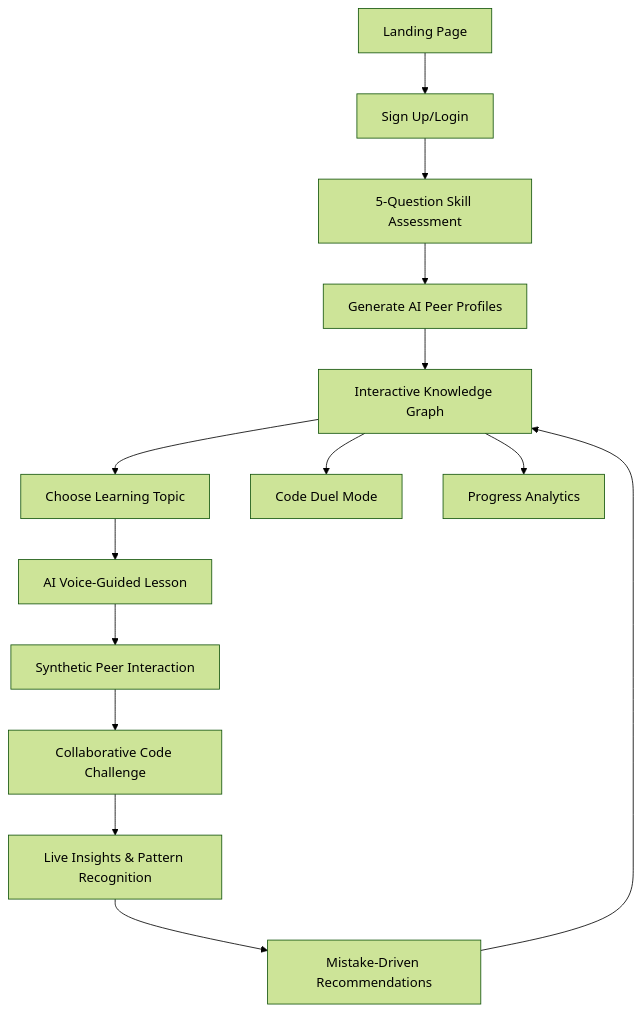
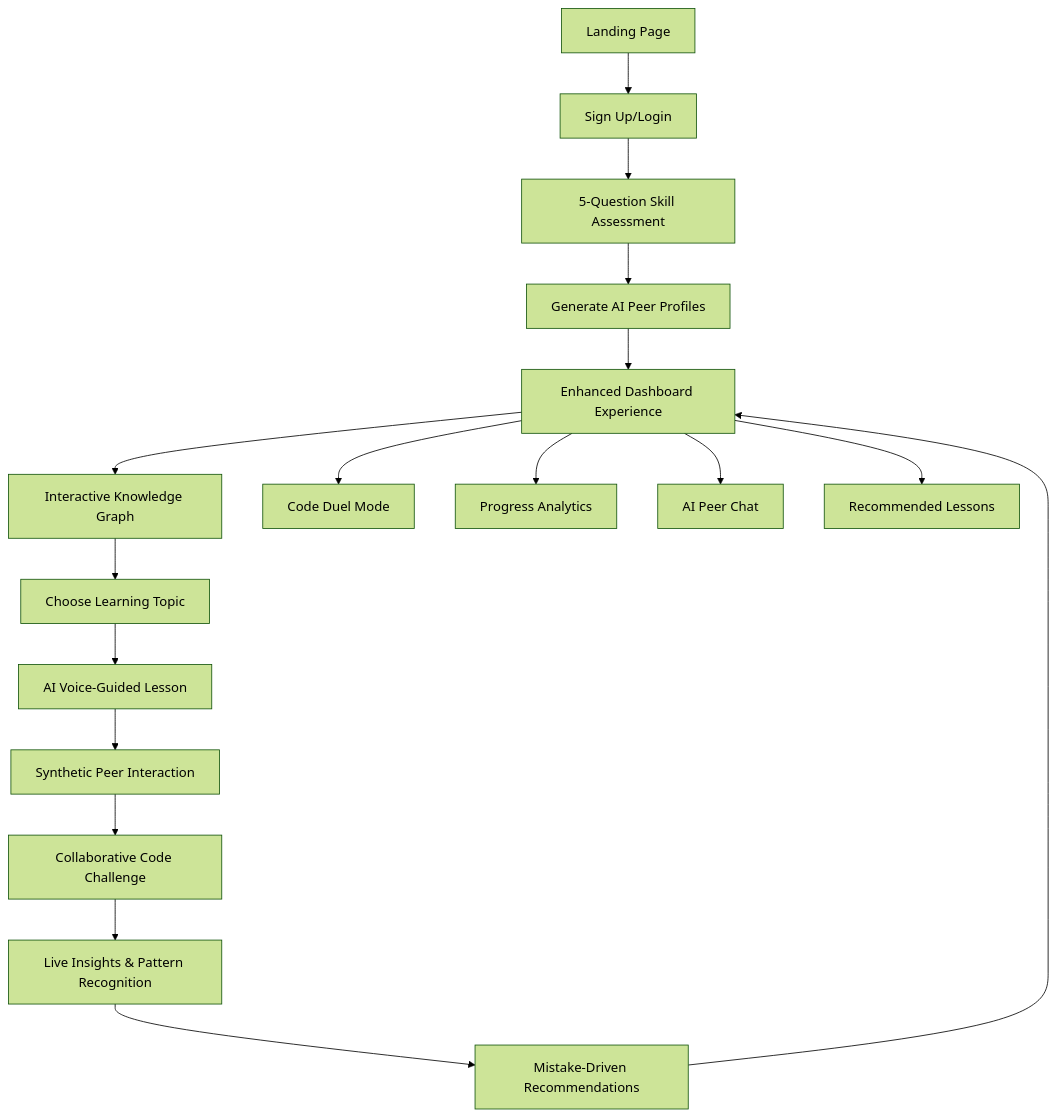
Before and after one commit to piyushthedev27/Codo: the first of 2 diagrams in .kiro/specs/codo/design.md, drawn with Mermaid (forest theme). The commit also changed other lines of this file and 19 other files, not shown here.

````diff
--- a/.kiro/specs/codo/design.md
+++ b/.kiro/specs/codo/design.md
@@ -97,16 +117,19 @@
 ```mermaid
 graph TD
     A[Landing Page] --> B[Sign Up/Login]
     B --> C[5-Question Skill Assessment]
     C --> D[Generate AI Peer Profiles]
-    D --> E[Interactive Knowledge Graph]
-    E --> F[Choose Learning Topic]
-    F --> G[AI Voice-Guided Lesson]
-    G --> H[Synthetic Peer Interaction]
-    H --> I[Collaborative Code Challenge]
-    I --> J[Live Insights & Pattern Recognition]
-    J --> K[Mistake-Driven Recommendations]
-    K --> E
-    E --> L[Code Duel Mode]
-    E --> M[Progress Analytics]
+    D --> E[Enhanced Dashboard Experience]
+    E --> F[Interactive Knowledge Graph]
+    F --> G[Choose Learning Topic]
+    G --> H[AI Voice-Guided Lesson]
+    H --> I[Synthetic Peer Interaction]
+    I --> J[Collaborative Code Challenge]
+    J --> K[Live Insights & Pattern Recognition]
+    K --> L[Mistake-Driven Recommendations]
+    L --> E
+    E --> M[Code Duel Mode]
+    E --> N[Progress Analytics]
+    E --> O[AI Peer Chat]
+    E --> P[Recommended Lessons]
 ```
````
